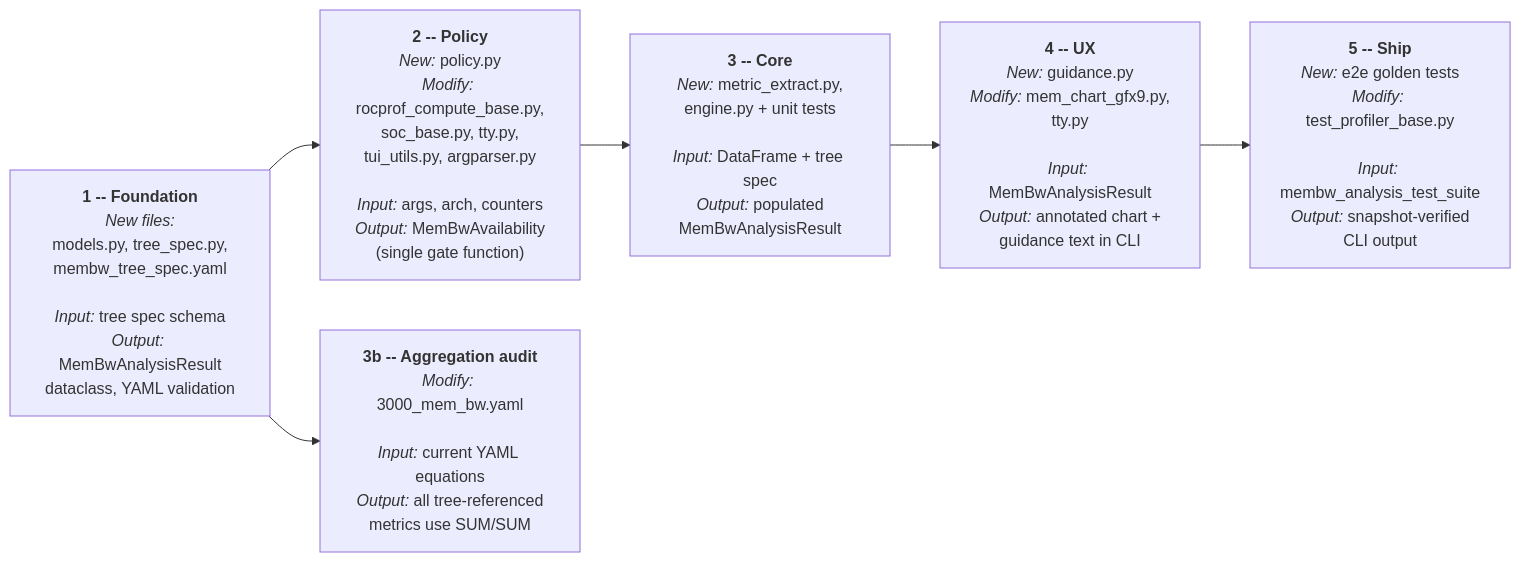
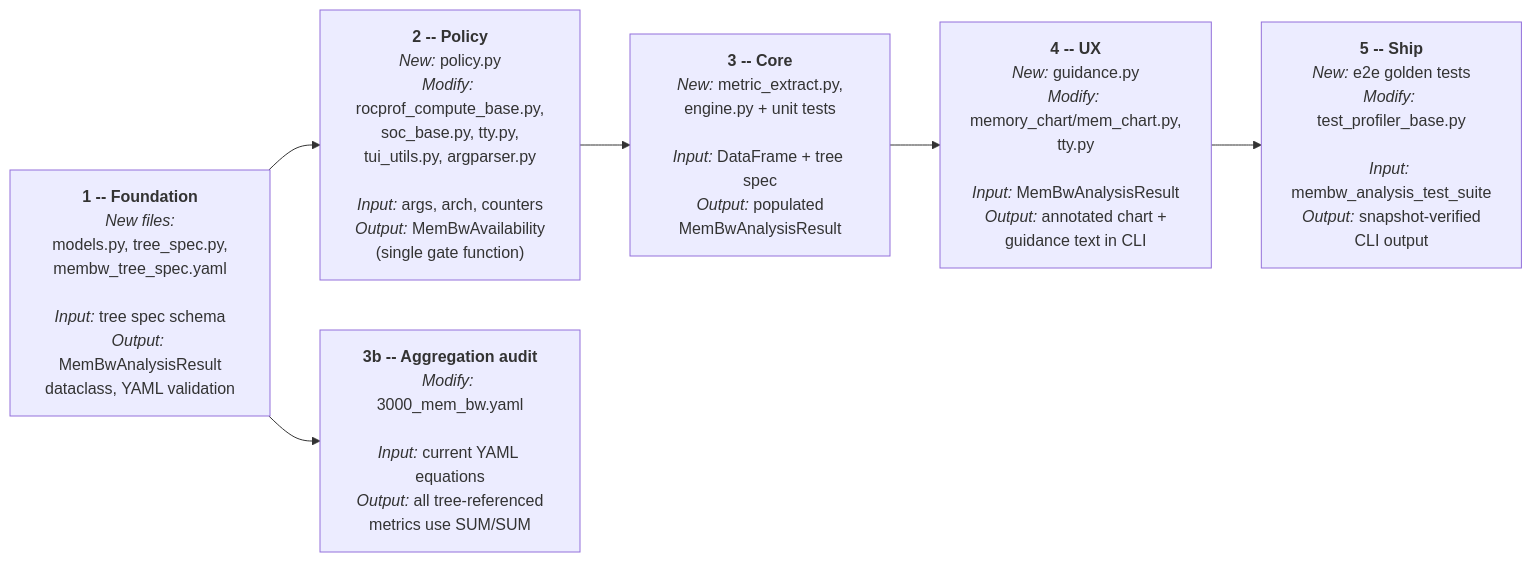
One commit to ROCm/rocm-systems changed the third of 3 diagrams in projects/rocprofiler-compute/docs/design/hld-membw-guided-analysis-in-memchart.md. Above: the diagram before and after it, drawn with Mermaid. The commit also changed other lines of this file and 18 other files, not shown here.

First line of the commit message:
feat(rocprofiler-compute): draw the memory chart from its layout

````diff
--- a/projects/rocprofiler-compute/docs/design/hld-membw-guided-analysis-in-memchart.md
+++ b/projects/rocprofiler-compute/docs/design/hld-membw-guided-analysis-in-memchart.md
@@ -286,20 +286,20 @@
 ```mermaid
 flowchart LR
     P1["<b>1 -- Foundation</b><br/><i>New files:</i><br/>models.py, tree_spec.py,<br/>membw_tree_spec.yaml<br/><br/><i>Input:</i> tree spec schema<br/><i>Output:</i> MemBwAnalysisResult<br/>dataclass, YAML validation"]
 
     P2["<b>2 -- Policy</b><br/><i>New:</i> policy.py<br/><i>Modify:</i> rocprof_compute_base.py,<br/>soc_base.py, tty.py,<br/>tui_utils.py, argparser.py<br/><br/><i>Input:</i> args, arch, counters<br/><i>Output:</i> MemBwAvailability<br/>(single gate function)"]
 
     P3["<b>3 -- Core</b><br/><i>New:</i> metric_extract.py,<br/>engine.py + unit tests<br/><br/><i>Input:</i> DataFrame + tree spec<br/><i>Output:</i> populated<br/>MemBwAnalysisResult"]
 
     P3b["<b>3b -- Aggregation audit</b><br/><i>Modify:</i> 3000_mem_bw.yaml<br/><br/><i>Input:</i> current YAML equations<br/><i>Output:</i> all tree-referenced<br/>metrics use SUM/SUM"]
 
-    P4["<b>4 -- UX</b><br/><i>New:</i> guidance.py<br/><i>Modify:</i> mem_chart_gfx9.py,<br/>tty.py<br/><br/><i>Input:</i> MemBwAnalysisResult<br/><i>Output:</i> annotated chart +<br/>guidance text in CLI"]
+    P4["<b>4 -- UX</b><br/><i>New:</i> guidance.py<br/><i>Modify:</i> memory_chart/mem_chart.py,<br/>tty.py<br/><br/><i>Input:</i> MemBwAnalysisResult<br/><i>Output:</i> annotated chart +<br/>guidance text in CLI"]
 
     P5["<b>5 -- Ship</b><br/><i>New:</i> e2e golden tests<br/><i>Modify:</i> test_profiler_base.py<br/><br/><i>Input:</i> membw_analysis_test_suite<br/><i>Output:</i> snapshot-verified<br/>CLI output"]
 
     P1 --> P2
     P1 --> P3b
     P2 --> P3
     P3 --> P4
     P4 --> P5
 ```
````
